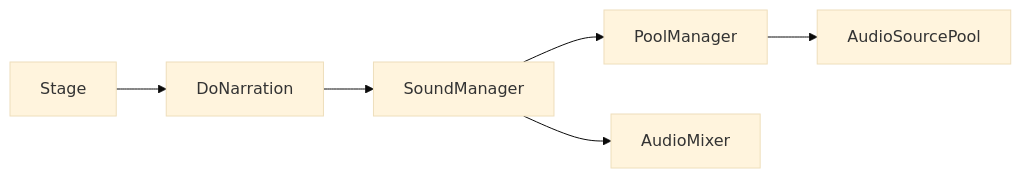
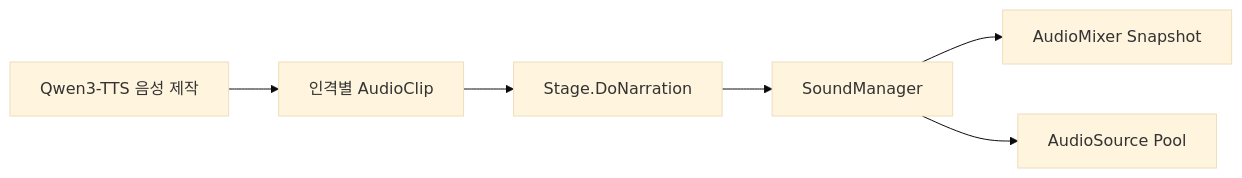
The diagram in docs/systems/audio-narration.md (SJ97p/DualMind-CodeMap), drawn with Mermaid (base theme) before and after one commit. The commit also changed other lines of this file and 5 other files, not shown here.

````diff
--- a/docs/systems/audio-narration.md
+++ b/docs/systems/audio-narration.md
@@ -19,8 +17,8 @@
 ```mermaid
 flowchart LR
-    Stage --> DoNarration
-    DoNarration --> SoundManager
-    SoundManager --> PoolManager
-    PoolManager --> AudioSourcePool
-    SoundManager --> AudioMixer
+    Voice[Qwen3-TTS 음성 제작] --> Clip[인격별 AudioClip]
+    Clip --> Stage[Stage.DoNarration]
+    Stage --> SoundManager
+    SoundManager --> Mixer[AudioMixer Snapshot]
+    SoundManager --> Pool[AudioSource Pool]
 ```
````
